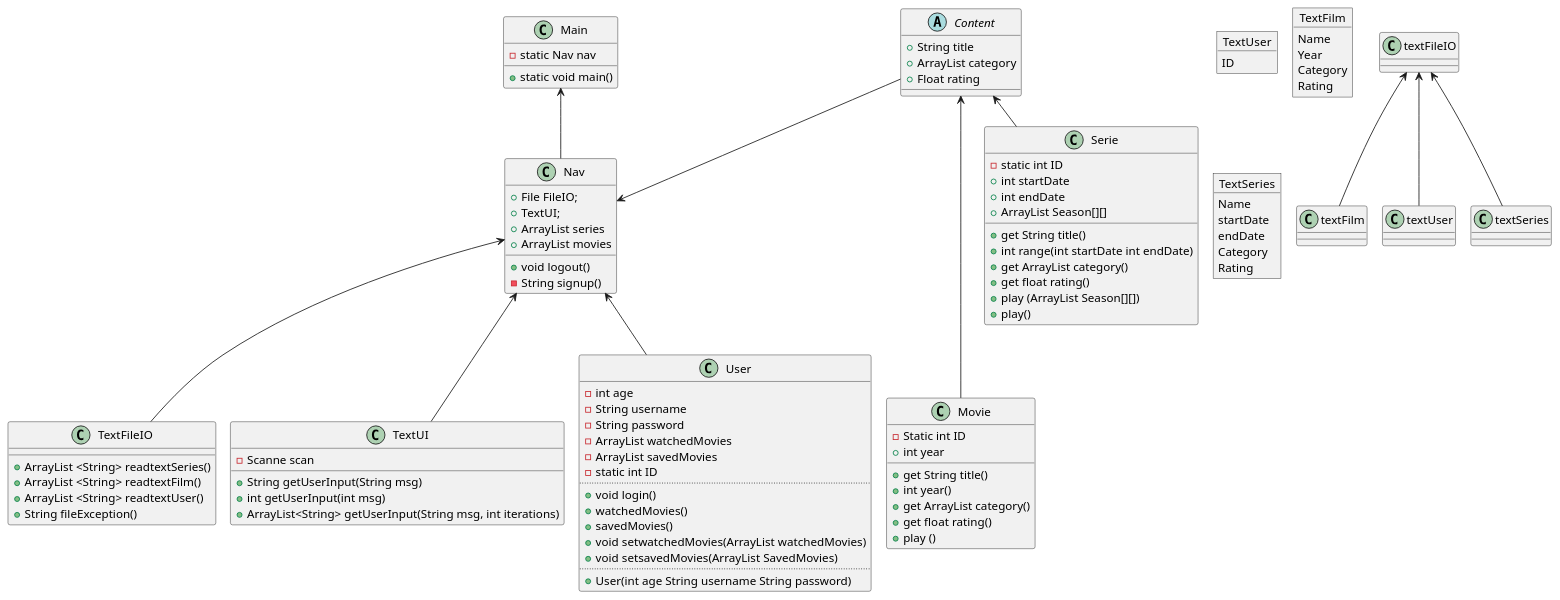
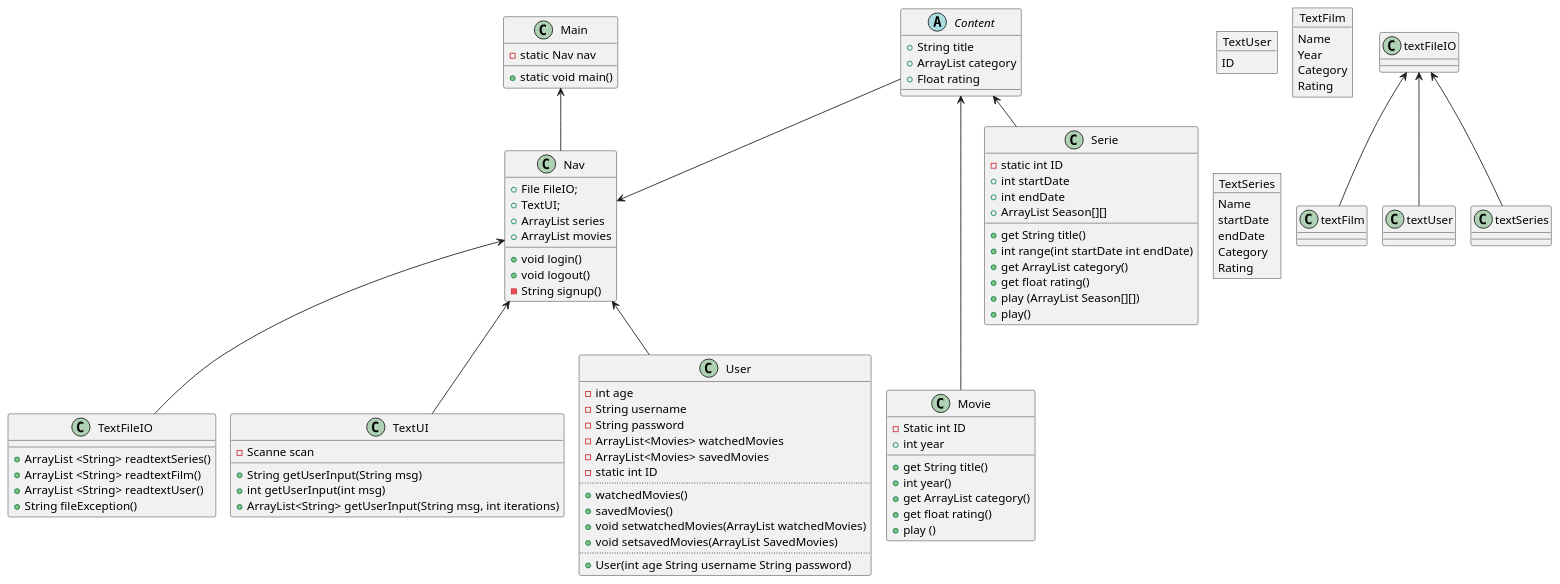
One commit to bakkary/Streaming-Tjeneste changed the diagram in showandtell/Dokumentation/d.puml. Above: the diagram before and after it, drawn with PlantUML. The commit also changed 1 other file, not shown here.

```diff
--- a/showandtell/Dokumentation/d.puml
+++ b/showandtell/Dokumentation/d.puml
@@ -1,114 +1,114 @@
 @startuml
 !pragma layout smetana
 'https://plantuml.com/class-diagram
 
 class Main{
 - static Nav nav
 + static void main()
 
 }
 
 class Nav {
 + File FileIO;
 + TextUI;
 + ArrayList series
 + ArrayList movies
++ void login()
 + void logout()
 - String signup()
 }
 
 Content --> Nav
 Main <-- Nav
 
 class TextFileIO{
 + ArrayList <String> readtextSeries()
 + ArrayList <String> readtextFilm()
 + ArrayList <String> readtextUser()
 + String fileException()
 }
 
 class TextUI{
 - Scanne scan
 + String getUserInput(String msg)
 + int getUserInput(int msg)
 + ArrayList<String> getUserInput(String msg, int iterations)
 
 }
 class User{
 - int age
 - String username
 - String password
-- ArrayList watchedMovies
-- ArrayList savedMovies
+- ArrayList<Movies> watchedMovies
+- ArrayList<Movies> savedMovies
 - static int ID
 ..
-+ void login()
 + watchedMovies()
 + savedMovies()
 + void setwatchedMovies(ArrayList watchedMovies)
 + void setsavedMovies(ArrayList SavedMovies)
 ..
 + User(int age String username String password)
 }
 
 Nav <-- User
 Nav <-- TextFileIO
 Nav <-- TextUI
 
 Content <--- Movie
 Content <-down-  Serie
 
 class Movie{
 - Static int ID
 + int year
 + get String title()
 + int year()
 + get ArrayList category()
 + get float rating()
 + play ()
 }
 
 class Serie{
 - static int ID
 + int startDate
 + int endDate
 + get String title()
 +  int range(int startDate int endDate)
 + get ArrayList category()
 + get float rating()
 + ArrayList Season[][]
 + play (ArrayList Season[][])
 + play()
 }
 
 
 object TextUser{
 ID
 }
 
 object TextFilm{
 Name
 Year
 Category
 Rating
 }
 
 object TextSeries{
 Name
 startDate
 endDate
 Category
 Rating
 }
 
 abstract Content{
 + String title
 + ArrayList category
 + Float rating
 }
 
 textFileIO <-- textFilm
 textFileIO <-- textUser
 textFileIO <-- textSeries
 
 @enduml
```
